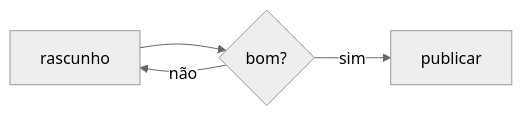
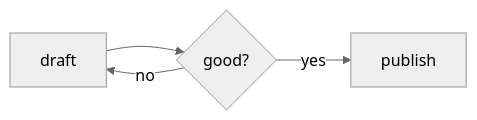
The diagram in docs/log/posts/2026/letter-zero.md (felipeadeildo/blog), drawn with Mermaid (neutral theme) before and after one commit. The commit also changed other lines of this file and 15 other files, not shown here.

````diff
--- a/docs/log/posts/2026/letter-zero.md
+++ b/docs/log/posts/2026/letter-zero.md
@@ -125,6 +126,6 @@
 ``` mermaid
 graph LR
-  A[rascunho] --> B{bom?};
-  B -->|não| A;
-  B -->|sim| C[publicar];
+  A[draft] --> B{good?};
+  B -->|no| A;
+  B -->|yes| C[publish];
 ```
````
